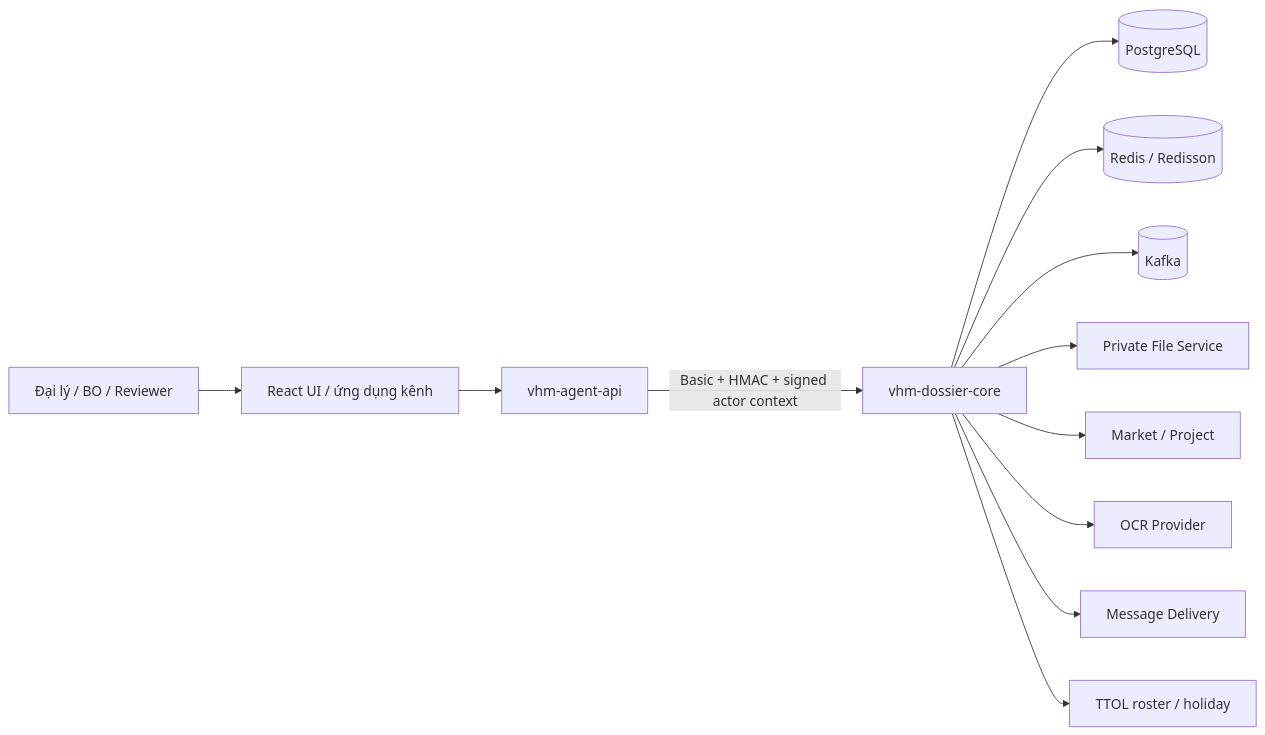
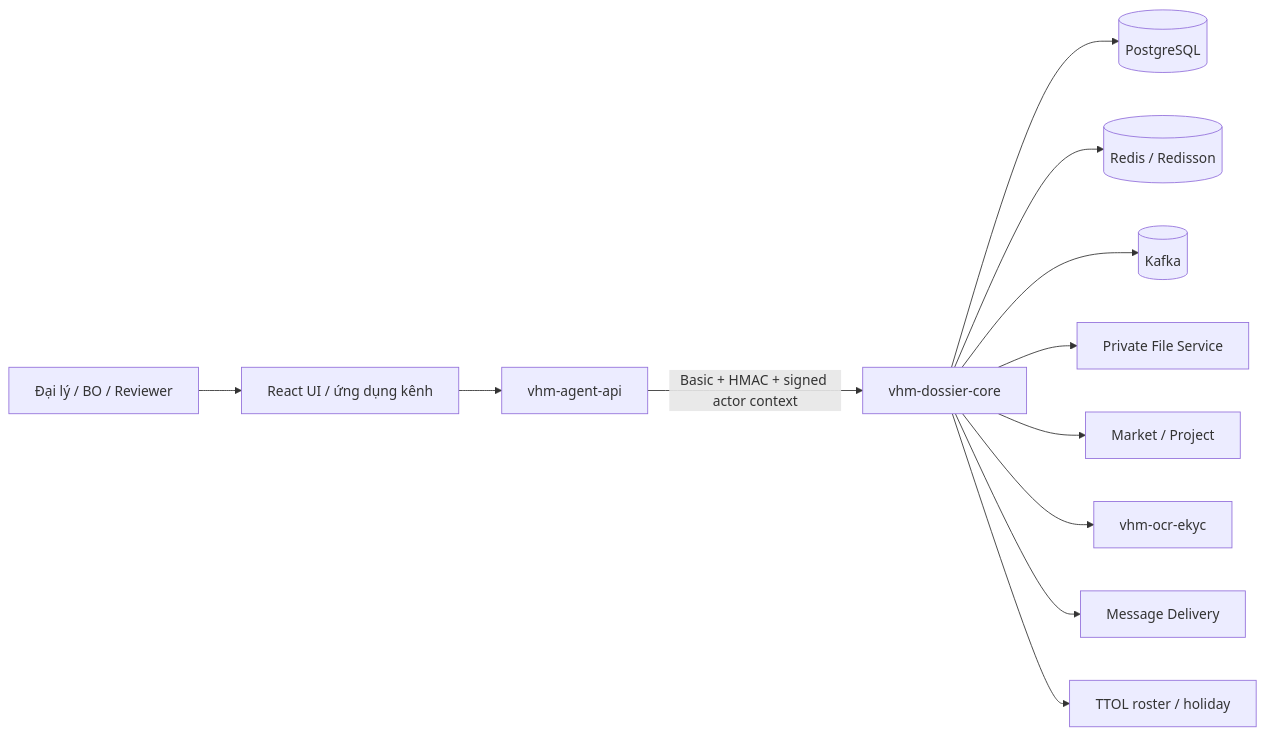
Before and after one commit to huynv-xyz/vhm: the first of 7 diagrams in tdd-dossier.md, drawn with Mermaid. The commit also changed other lines of this file, not shown here.

````diff
--- a/tdd-dossier.md
+++ b/tdd-dossier.md
@@ -177,14 +179,14 @@
 ```mermaid
 flowchart LR
     Agent[Đại lý / BO / Reviewer] --> UI[React UI / ứng dụng kênh]
     UI --> API[vhm-agent-api]
     API -->|Basic + HMAC + signed actor context| Core[vhm-dossier-core]
     Core --> PG[(PostgreSQL)]
     Core --> Redis[(Redis / Redisson)]
     Core --> Kafka[(Kafka)]
     Core --> File[Private File Service]
     Core --> Market[Market / Project]
-    Core --> OCR[OCR Provider]
+    Core --> OCR[vhm-ocr-ekyc]
     Core --> Msg[Message Delivery]
     Core --> TTOL[TTOL roster / holiday]
 ```
````
